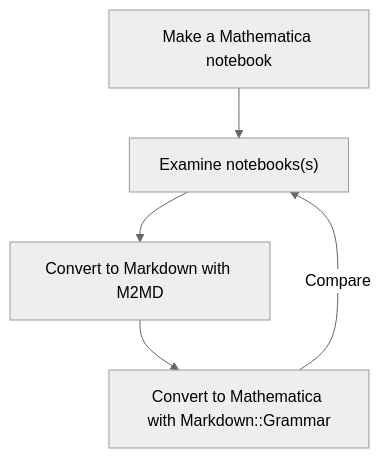
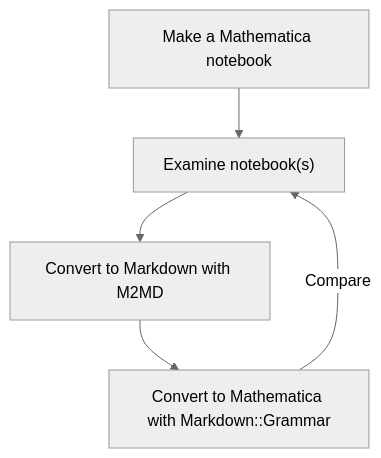
One commit to antononcube/Raku-Markdown-Grammar changed the second of 2 diagrams in README-work.md. Above: the diagram before and after it, drawn with Mermaid (neutral theme). The commit also changed other lines of this file, not shown here.

Commit message:
docs:Layout and typo fixes.

````diff
--- a/README-work.md
+++ b/README-work.md
@@ -91,7 +91,7 @@
 ```mermaid
 graph TD
     WL[Make a Mathematica notebook] --> E
-    E["Examine notebooks(s)"] --> M2MD
+    E["Examine notebook(s)"] --> M2MD
     M2MD["Convert to Markdown with M2MD"] --> MG
     MG["Convert to Mathematica with Markdown::Grammar"] --> |Compare|E
 ```
````
